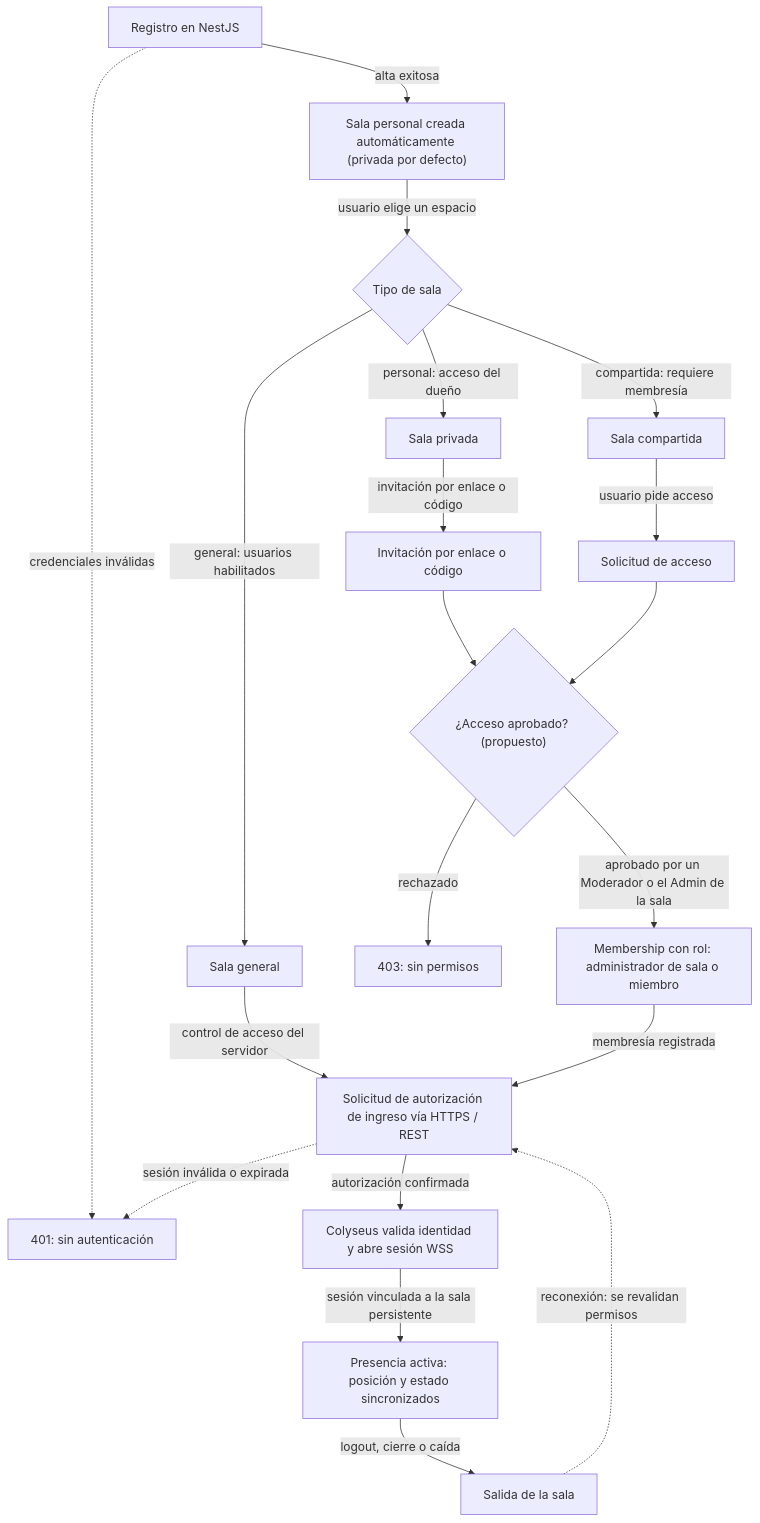
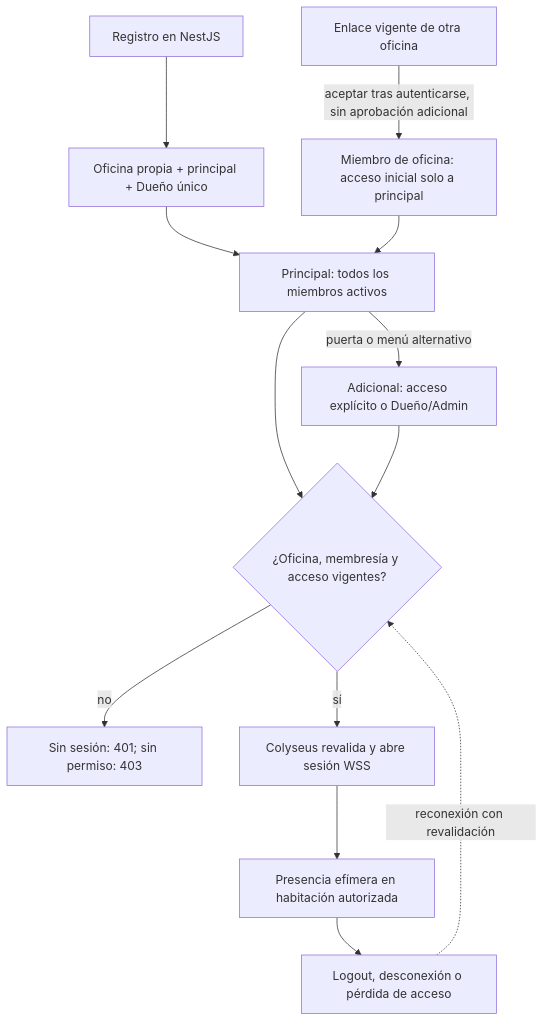
Before and after one commit to Agustin742/integratec-final-back: the second of 3 diagrams in docs/diagrams/02-system-architecture/deployment-and-network.md, drawn with Mermaid. The commit also changed other lines of this file and 1 other file, not shown here.

Commit message:
docs(diagrams): scope access and realtime channels to offices and rooms

````diff
--- a/docs/diagrams/02-system-architecture/deployment-and-network.md
+++ b/docs/diagrams/02-system-architecture/deployment-and-network.md
@@ -102,39 +102,27 @@
 ```mermaid
 flowchart TD
   registro["Registro en NestJS"]
-  personal["Sala personal creada automáticamente (privada por defecto)"]
-  tipo{"Tipo de sala"}
-  privada["Sala privada"]
-  compartida["Sala compartida"]
-  general["Sala general"]
-  invitacion["Invitación por enlace o código"]
-  solicitud["Solicitud de acceso"]
-  aprobacion{"¿Acceso aprobado? (propuesto)"}
-  membresia["Membership con rol: administrador de sala o miembro"]
-  rechazo403["403: sin permisos"]
-  autorizacion["Solicitud de autorización de ingreso vía HTTPS / REST"]
-  rechazo401["401: sin autenticación"]
-  conexion["Colyseus valida identidad y abre sesión WSS"]
-  presencia["Presencia activa: posición y estado sincronizados"]
-  salida["Salida de la sala"]
+  own["Oficina propia + principal + Dueño único"]
+  invitacion["Enlace vigente de otra oficina"]
+  miembro["Miembro de oficina: acceso inicial solo a principal"]
+  principal["Principal: todos los miembros activos"]
+  adicional["Adicional: acceso explícito o Dueño/Admin"]
+  autorizacion{"¿Oficina, membresía y acceso vigentes?"}
+  rechazo["Sin sesión: 401; sin permiso: 403"]
+  conexion["Colyseus revalida y abre sesión WSS"]
+  presencia["Presencia efímera en habitación autorizada"]
+  salida["Logout, desconexión o pérdida de acceso"]
 
-  registro -->|"alta exitosa"| personal
-  registro -.->|"credenciales inválidas"| rechazo401
-  personal -->|"usuario elige un espacio"| tipo
-  tipo -->|"personal: acceso del dueño"| privada
-  tipo -->|"compartida: requiere membresía"| compartida
-  tipo -->|"general: usuarios habilitados"| general
-  privada -->|"invitación por enlace o código"| invitacion
-  compartida -->|"usuario pide acceso"| solicitud
-  invitacion --> aprobacion
-  solicitud --> aprobacion
-  aprobacion -->|"aprobado por un Moderador o el Admin de la sala"| membresia
-  aprobacion -->|"rechazado"| rechazo403
-  general -->|"control de acceso del servidor"| autorizacion
-  membresia -->|"membresía registrada"| autorizacion
-  autorizacion -.->|"sesión inválida o expirada"| rechazo401
-  autorizacion -->|"autorización confirmada"| conexion
-  conexion -->|"sesión vinculada a la sala persistente"| presencia
-  presencia -->|"logout, cierre o caída"| salida
-  salida -.->|"reconexión: se revalidan permisos"| autorizacion
+  registro --> own
+  own --> principal
+  invitacion -->|"aceptar tras autenticarse, sin aprobación adicional"| miembro
+  miembro --> principal
+  principal -->|"puerta o menú alternativo"| adicional
+  principal --> autorizacion
+  adicional --> autorizacion
+  autorizacion -->|"no"| rechazo
+  autorizacion -->|"sí"| conexion
+  conexion --> presencia
+  presencia --> salida
+  salida -.->|"reconexión con revalidación"| autorizacion
 ```
````
